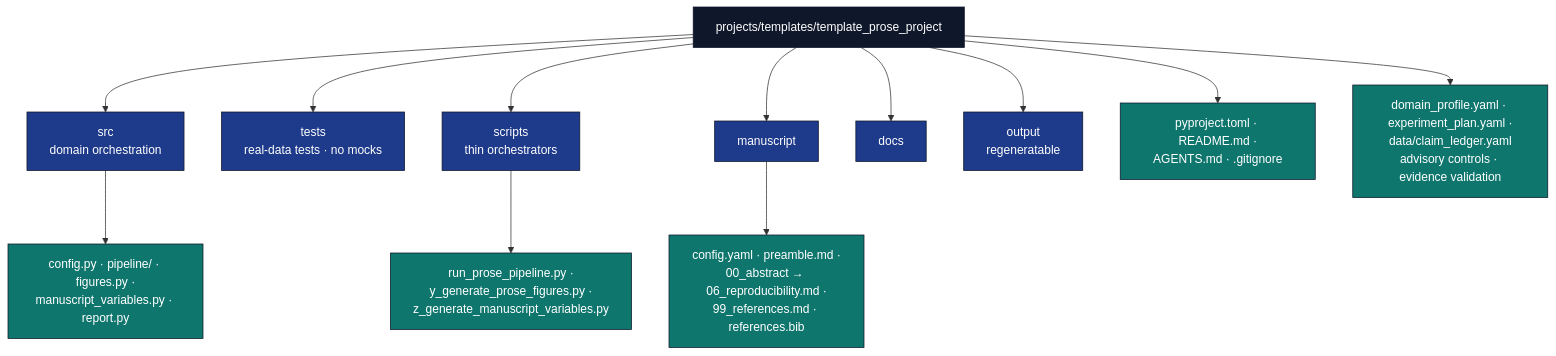
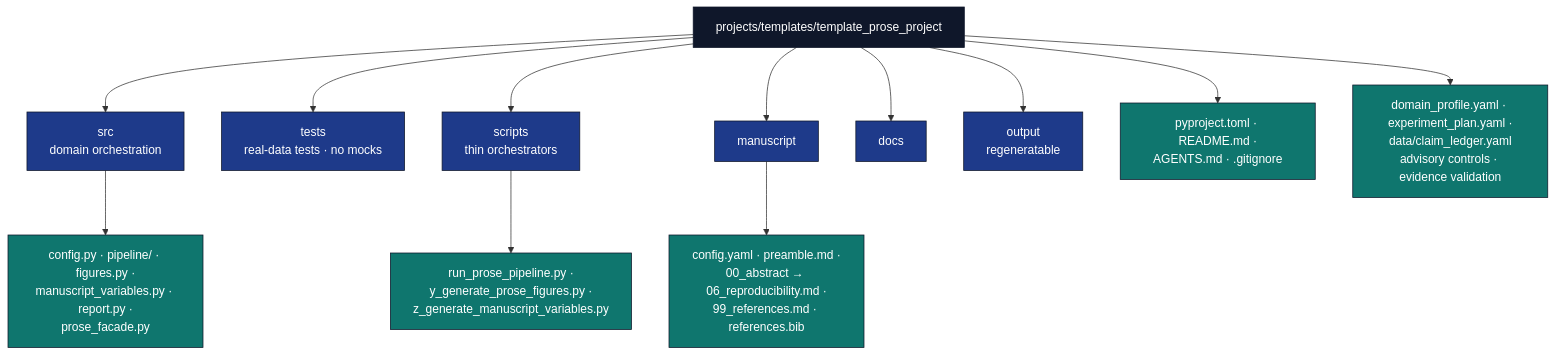
Before and after one commit to docxology/template: the diagram in projects/templates/template_prose_project/AGENTS.md, drawn with Mermaid. The commit also changed 196 other files, not shown here.

````diff
--- a/projects/templates/template_prose_project/AGENTS.md
+++ b/projects/templates/template_prose_project/AGENTS.md
@@ -14,23 +14,23 @@
 ```mermaid
 flowchart TB
     P[projects/templates/template_prose_project]
     P --> SRC[src<br/>domain orchestration]
     P --> T[tests<br/>real-data tests · no mocks]
     P --> SC[scripts<br/>thin orchestrators]
     P --> M[manuscript]
     P --> DOCS[docs]
     P --> OUT[output<br/>regeneratable]
     P --> META[pyproject.toml · README.md ·<br/>AGENTS.md · .gitignore]
     P --> OVERLAY[domain_profile.yaml · experiment_plan.yaml ·<br/>data/claim_ledger.yaml<br/>advisory controls · evidence validation]
 
-    SRC --> SRC_F[config.py · pipeline/ · figures.py ·<br/>manuscript_variables.py · report.py]
+    SRC --> SRC_F[config.py · pipeline/ · figures.py ·<br/>manuscript_variables.py · report.py ·<br/>prose_facade.py]
     SC --> SC_F[run_prose_pipeline.py ·<br/>y_generate_prose_figures.py ·<br/>z_generate_manuscript_variables.py]
     M --> M_F[config.yaml · preamble.md ·<br/>00_abstract → 06_reproducibility.md ·<br/>99_references.md · references.bib]
 
     classDef d fill:#0f172a,stroke:#0f172a,color:#fff
     classDef pkg fill:#1e3a8a,stroke:#0f172a,color:#fff
     classDef f fill:#0f766e,stroke:#0f172a,color:#fff
     class P d
     class SRC,T,SC,M,DOCS,OUT pkg
     class SRC_F,SC_F,M_F,META,OVERLAY f
 ```
````
